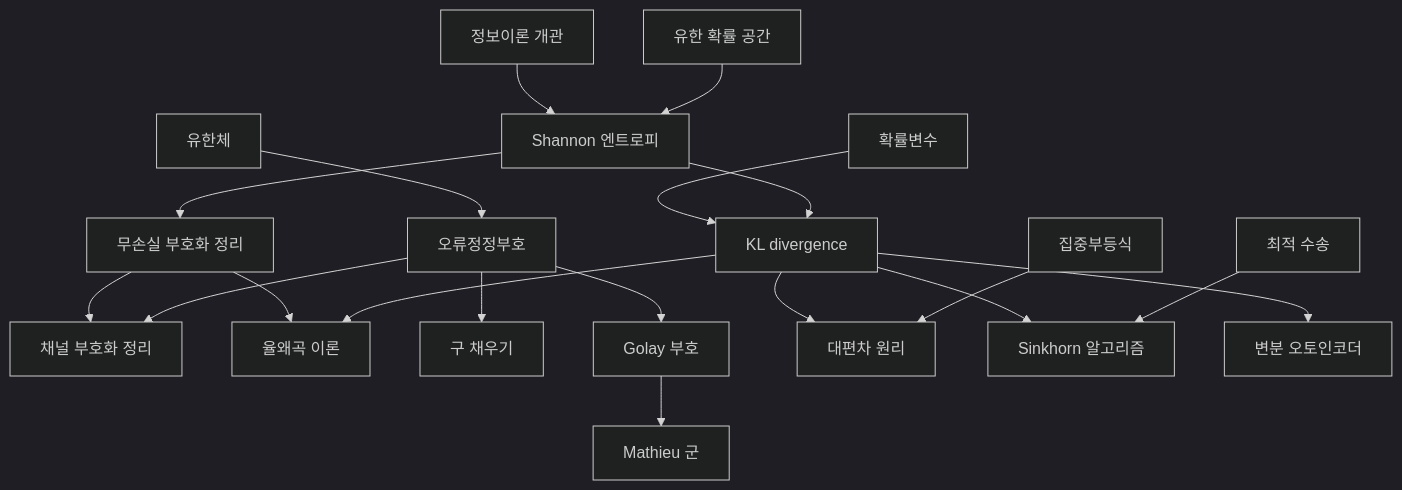
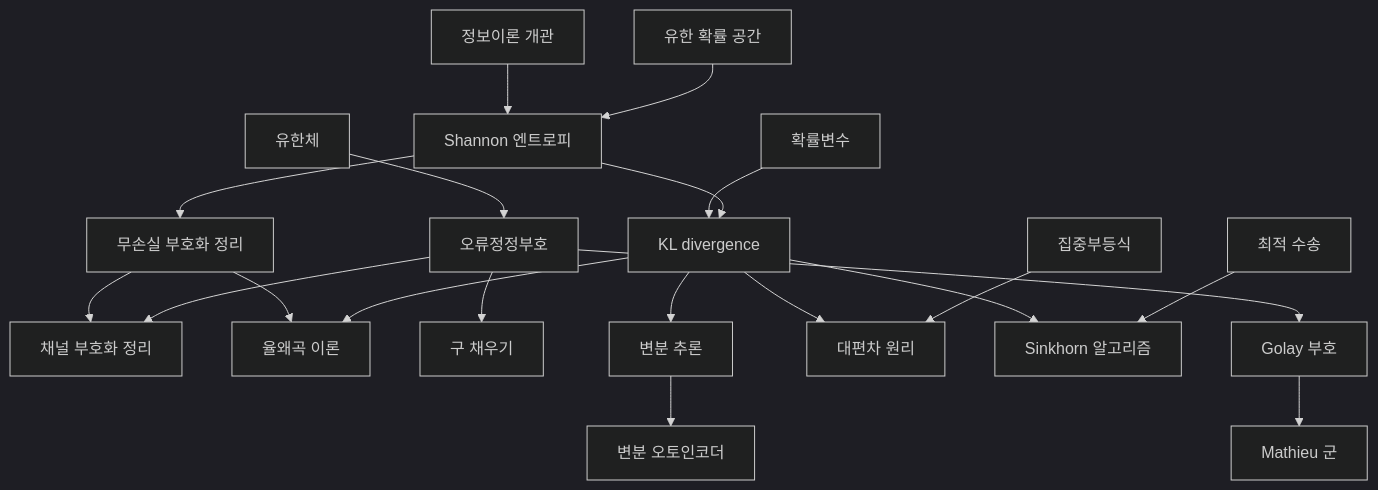
One commit to Phryxia/math-map changed the diagram in docs/information-theory-overview.md. Above: the diagram before and after it, drawn with Mermaid (dark theme). The commit also changed 8 other files, not shown here.

````diff
--- a/docs/information-theory-overview.md
+++ b/docs/information-theory-overview.md
@@ -15,21 +15,21 @@
 ```mermaid
 graph TD
   ITO["정보이론 개관"] --> ENT["Shannon 엔트로피"]
   PROB["유한 확률 공간"] --> ENT
   RV["확률변수"] --> KL["KL divergence"]
   ENT --> KL
   ENT --> SC["무손실 부호화 정리"]
   SC --> CC["채널 부호화 정리"]
   SC --> RD["율왜곡 이론"]
   KL --> RD
   ECC["오류정정부호"] --> CC
   FF["유한체"] --> ECC
   ECC --> SP["구 채우기"]
   ECC --> GOL["Golay 부호"]
   GOL --> MAT["Mathieu 군"]
   KL --> LD["대편차 원리"]
   CI["집중부등식"] --> LD
   KL --> SINK["Sinkhorn 알고리즘"]
   OT["최적 수송"] --> SINK
-  KL --> VAE["변분 오토인코더"]
+  KL --> VI["변분 추론"] --> VAE["변분 오토인코더"]
 ```
````
